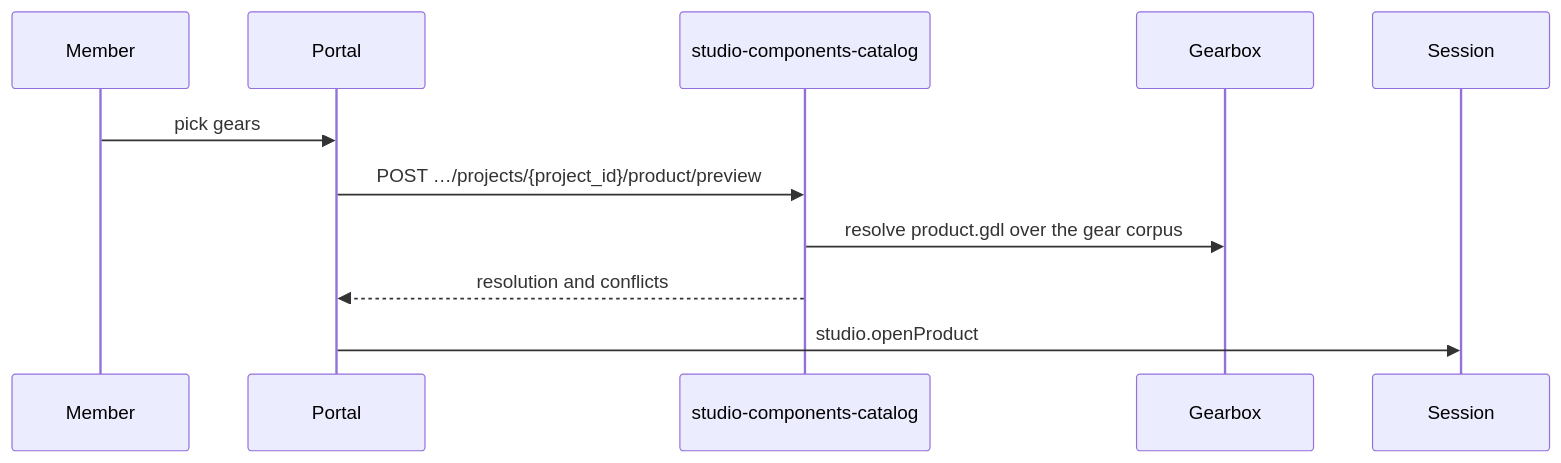
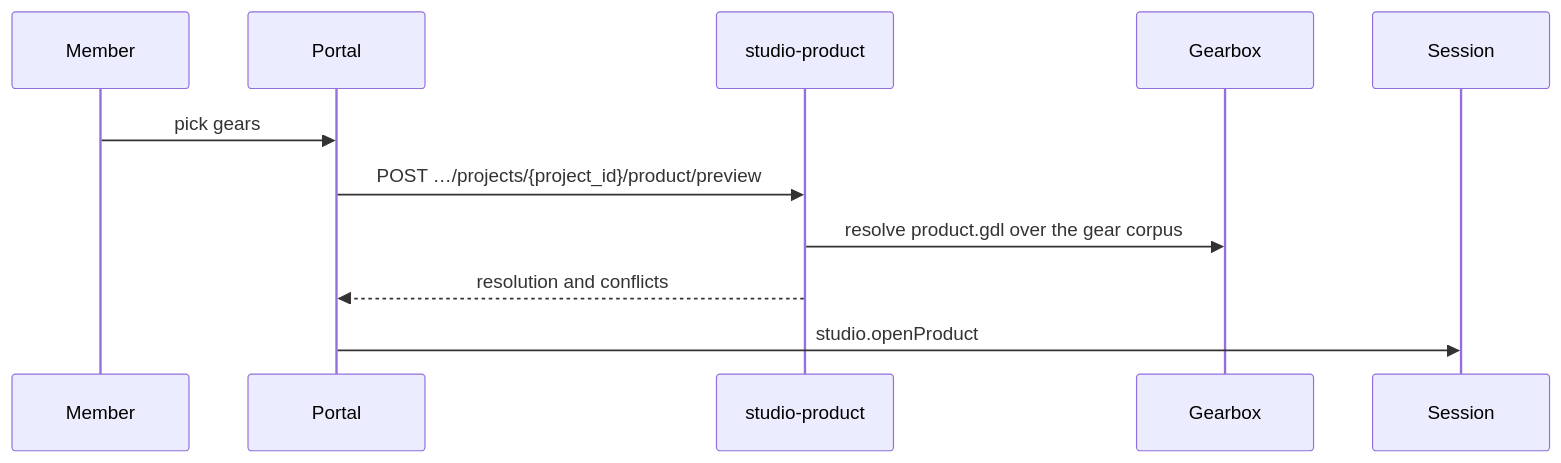
The sixth of 6 diagrams in docs/design/constructor-studio.md (AndrejK666/studio-web), drawn with Mermaid before and after one commit. The commit also changed other lines of this file and 92 other files, not shown here.

First line of the commit message:
Today's open work in one PR: people have one owner, pull requests waiting on you, studio-product is its own gear (#682)

````diff
--- a/docs/design/constructor-studio.md
+++ b/docs/design/constructor-studio.md
@@ -1718,8 +1746,8 @@
 ```mermaid
 sequenceDiagram
     Member ->> Portal: pick gears
-    Portal ->> studio-components-catalog: POST …/projects/{project_id}/product/preview
-    studio-components-catalog ->> Gearbox: resolve product.gdl over the gear corpus
-    studio-components-catalog -->> Portal: resolution and conflicts
+    Portal ->> studio-product: POST …/projects/{project_id}/product/preview
+    studio-product ->> Gearbox: resolve product.gdl over the gear corpus
+    studio-product -->> Portal: resolution and conflicts
     Portal ->> Session: studio.openProduct
 ```
````
